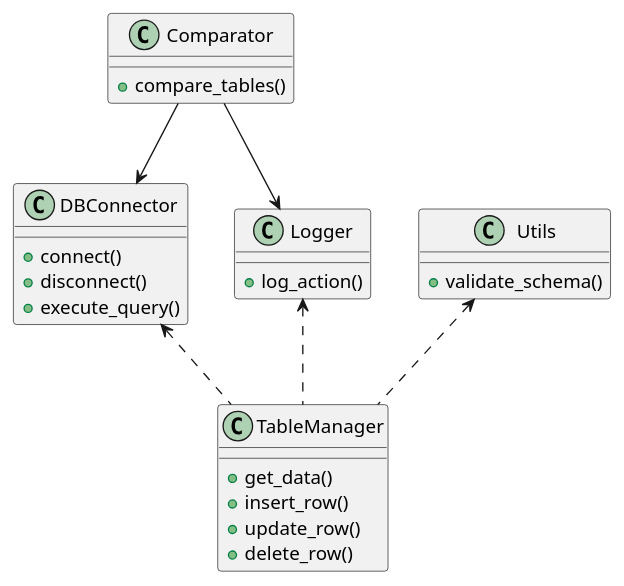
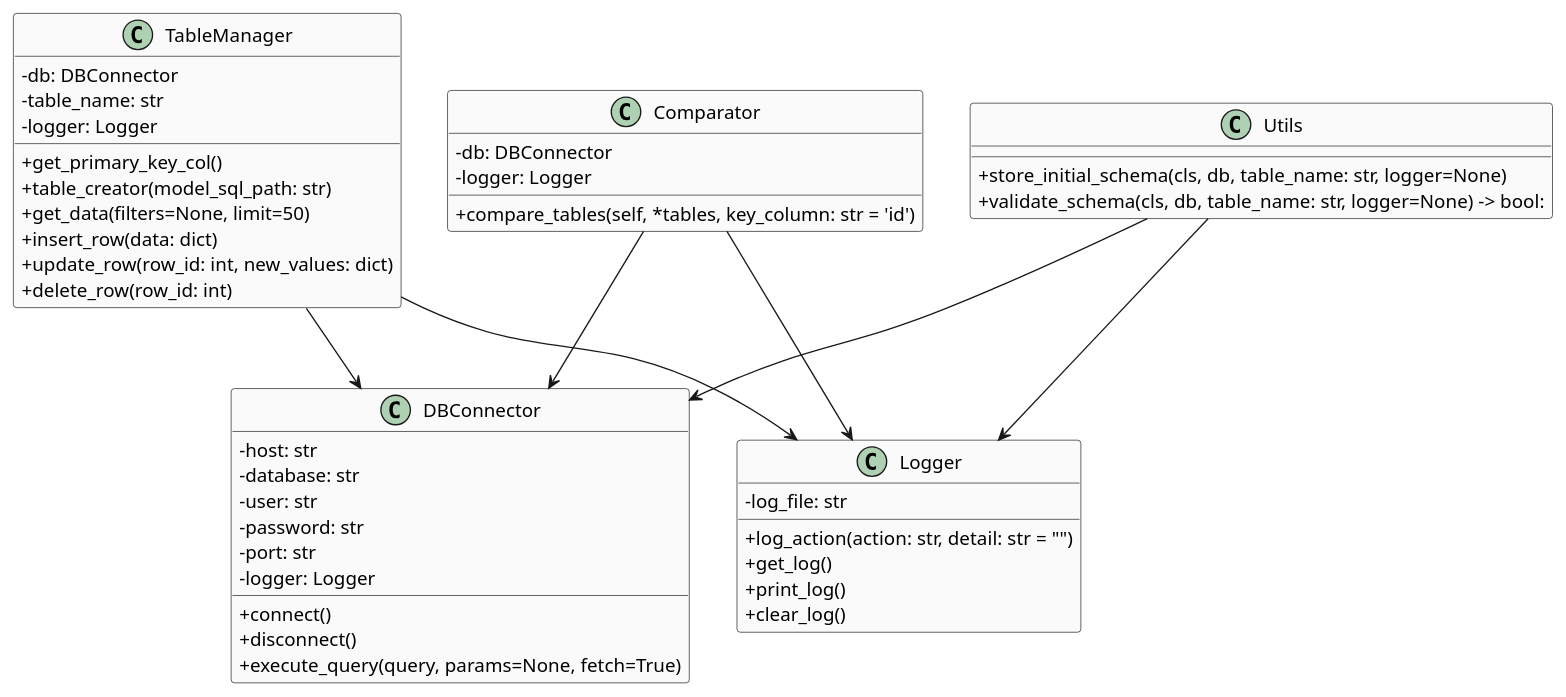
The diagram in docs/class_diagram.puml (EdizArkin/TUBITAK-UZAY-PyDBControl), drawn with PlantUML before and after one commit. The commit also changed 3 other files, not shown here.

```diff
--- a/docs/class_diagram.puml
+++ b/docs/class_diagram.puml
@@ -1,27 +1,61 @@
 @startuml
+skinparam classAttributeIconSize 0
+skinparam classFontSize 14
+skinparam classBackgroundColor #FAFAFA
+
+
 class DBConnector {
+  -host: str
+  -database: str
+  -user: str
+  -password: str
+  -port: str
+  -logger: Logger
   +connect()
   +disconnect()
-  +execute_query()
+  +execute_query(query, params=None, fetch=True)
 }
+
 class TableManager {
-  +get_data()
-  +insert_row()
-  +update_row()
-  +delete_row()
+  -db: DBConnector
+  -table_name: str
+  -logger: Logger
+  +get_primary_key_col()
+  +table_creator(model_sql_path: str)
+  +get_data(filters=None, limit=50)
+  +insert_row(data: dict)
+  +update_row(row_id: int, new_values: dict)
+  +delete_row(row_id: int)
+  
 }
+
 class Comparator {
-  +compare_tables()
+  -db: DBConnector
+  -logger: Logger
+  +compare_tables(self, *tables, key_column: str = 'id')
 }
+
+class Utils {
+  +store_initial_schema(cls, db, table_name: str, logger=None)
+  +validate_schema(cls, db, table_name: str, logger=None) -> bool:
+}
+
 class Logger {
-  +log_action()
+  -log_file: str
+  +log_action(action: str, detail: str = "")
+  +get_log()
+  +print_log()
+  +clear_log()
 }
-class Utils {
-  +validate_schema()
-}
-DBConnector <.. TableManager
-Logger <.. TableManager
+
+
+TableManager --> DBConnector
+TableManager --> Logger
+
 Comparator --> DBConnector
 Comparator --> Logger
-Utils <.. TableManager
+
+Utils --> DBConnector
+Utils --> Logger
+
 @enduml
```
